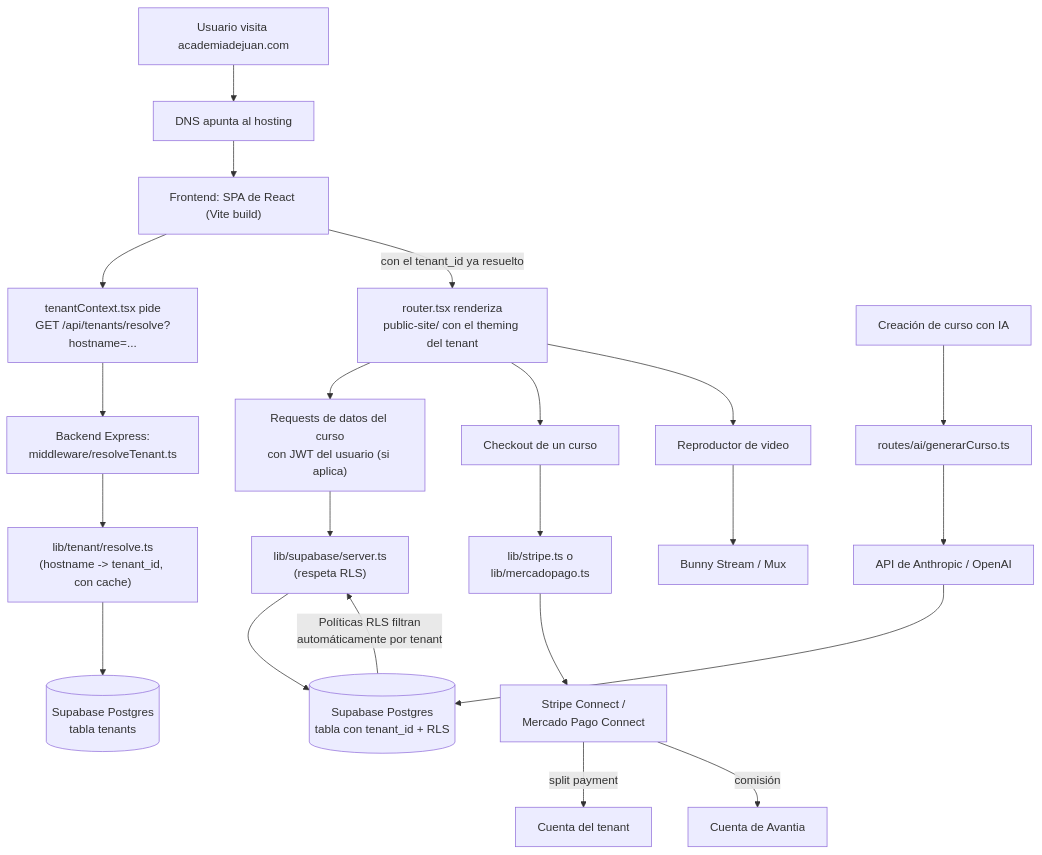
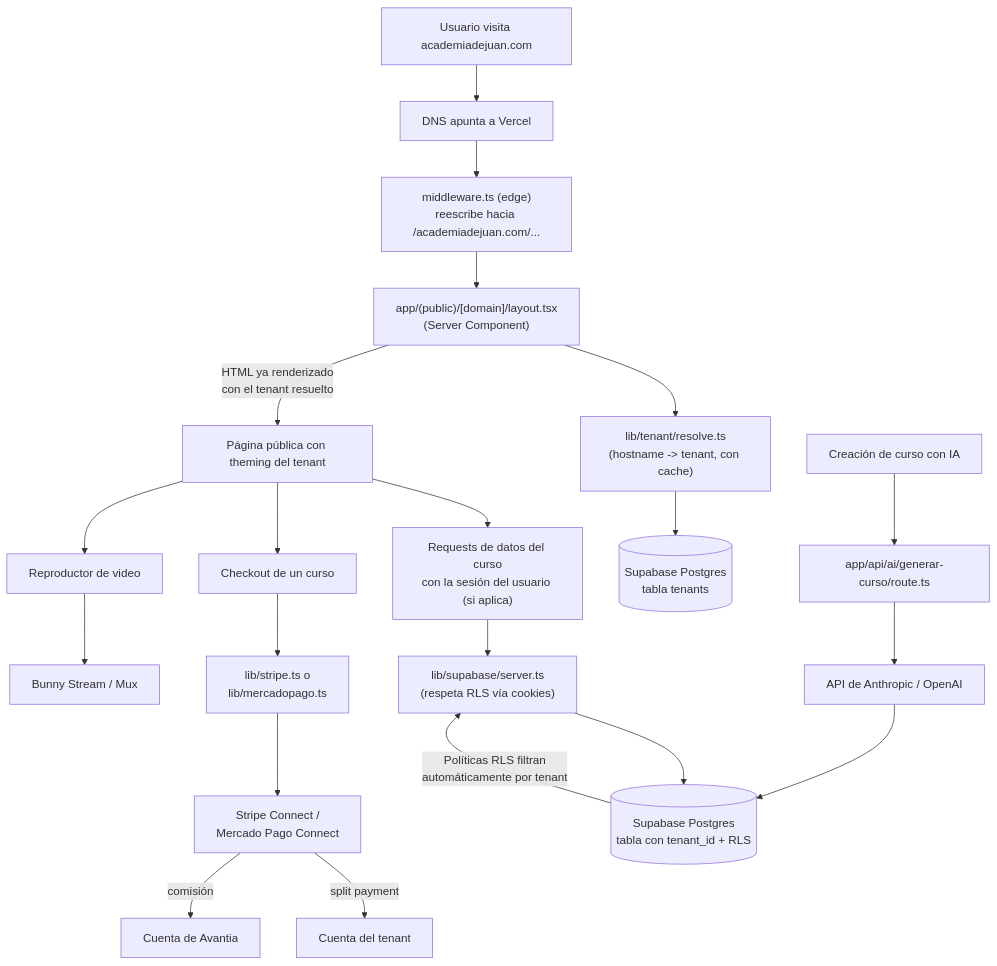
One commit to spradot-avantia/avantia changed the first of 2 diagrams in docs/arquitectura/Avantia_Estructura_Codigo_Arquitectura.md. Above: the diagram before and after it, drawn with Mermaid. The commit also changed other lines of this file and 86 other files, not shown here.

First line of the commit message:
Migrar de Node/Express+Vite a Next.js (App Router)

````diff
--- a/docs/arquitectura/Avantia_Estructura_Codigo_Arquitectura.md
+++ b/docs/arquitectura/Avantia_Estructura_Codigo_Arquitectura.md
@@ -131,28 +132,27 @@
 ```mermaid
 graph TD
-    A[Usuario visita academiadejuan.com] --> B[DNS apunta al hosting]
-    B --> C["Frontend: SPA de React (Vite build)"]
-    C --> D["tenantContext.tsx pide\nGET /api/tenants/resolve?hostname=..."]
-    D --> E["Backend Express:\nmiddleware/resolveTenant.ts"]
-    E --> F["lib/tenant/resolve.ts\n(hostname -> tenant_id, con cache)"]
-    F --> G[("Supabase Postgres\ntabla tenants")]
-    C -->|"con el tenant_id ya resuelto"| H["router.tsx renderiza\npublic-site/ con el theming del tenant"]
+    A[Usuario visita academiadejuan.com] --> B[DNS apunta a Vercel]
+    B --> C["middleware.ts (edge)\nreescribe hacia /academiadejuan.com/..."]
+    C --> D["app/(public)/[domain]/layout.tsx\n(Server Component)"]
+    D --> E["lib/tenant/resolve.ts\n(hostname -> tenant, con cache)"]
+    E --> F[("Supabase Postgres\ntabla tenants")]
+    D -->|"HTML ya renderizado\ncon el tenant resuelto"| G[Página pública con theming del tenant]
 
-    H --> I["Requests de datos del curso\ncon JWT del usuario (si aplica)"]
-    I --> J["lib/supabase/server.ts\n(respeta RLS)"]
-    J --> K[("Supabase Postgres\ntabla con tenant_id + RLS")]
-    K -->|"Políticas RLS filtran\nautomáticamente por tenant"| J
+    G --> H["Requests de datos del curso\ncon la sesión del usuario (si aplica)"]
+    H --> I["lib/supabase/server.ts\n(respeta RLS vía cookies)"]
+    I --> J[("Supabase Postgres\ntabla con tenant_id + RLS")]
+    J -->|"Políticas RLS filtran\nautomáticamente por tenant"| I
 
-    H --> L[Checkout de un curso]
-    L --> M["lib/stripe.ts o\nlib/mercadopago.ts"]
-    M --> N["Stripe Connect /\nMercado Pago Connect"]
-    N -->|split payment| O[Cuenta del tenant]
-    N -->|comisión| P[Cuenta de Avantia]
+    G --> K[Checkout de un curso]
+    K --> L["lib/stripe.ts o\nlib/mercadopago.ts"]
+    L --> M["Stripe Connect /\nMercado Pago Connect"]
+    M -->|split payment| N[Cuenta del tenant]
+    M -->|comisión| O[Cuenta de Avantia]
 
-    H --> Q[Reproductor de video]
-    Q --> R[Bunny Stream / Mux]
+    G --> P[Reproductor de video]
+    P --> Q[Bunny Stream / Mux]
 
-    S[Creación de curso con IA] --> T["routes/ai/generarCurso.ts"]
-    T --> U[API de Anthropic / OpenAI]
-    U --> K
+    R[Creación de curso con IA] --> S["app/api/ai/generar-curso/route.ts"]
+    S --> T[API de Anthropic / OpenAI]
+    T --> J
 ```
````
